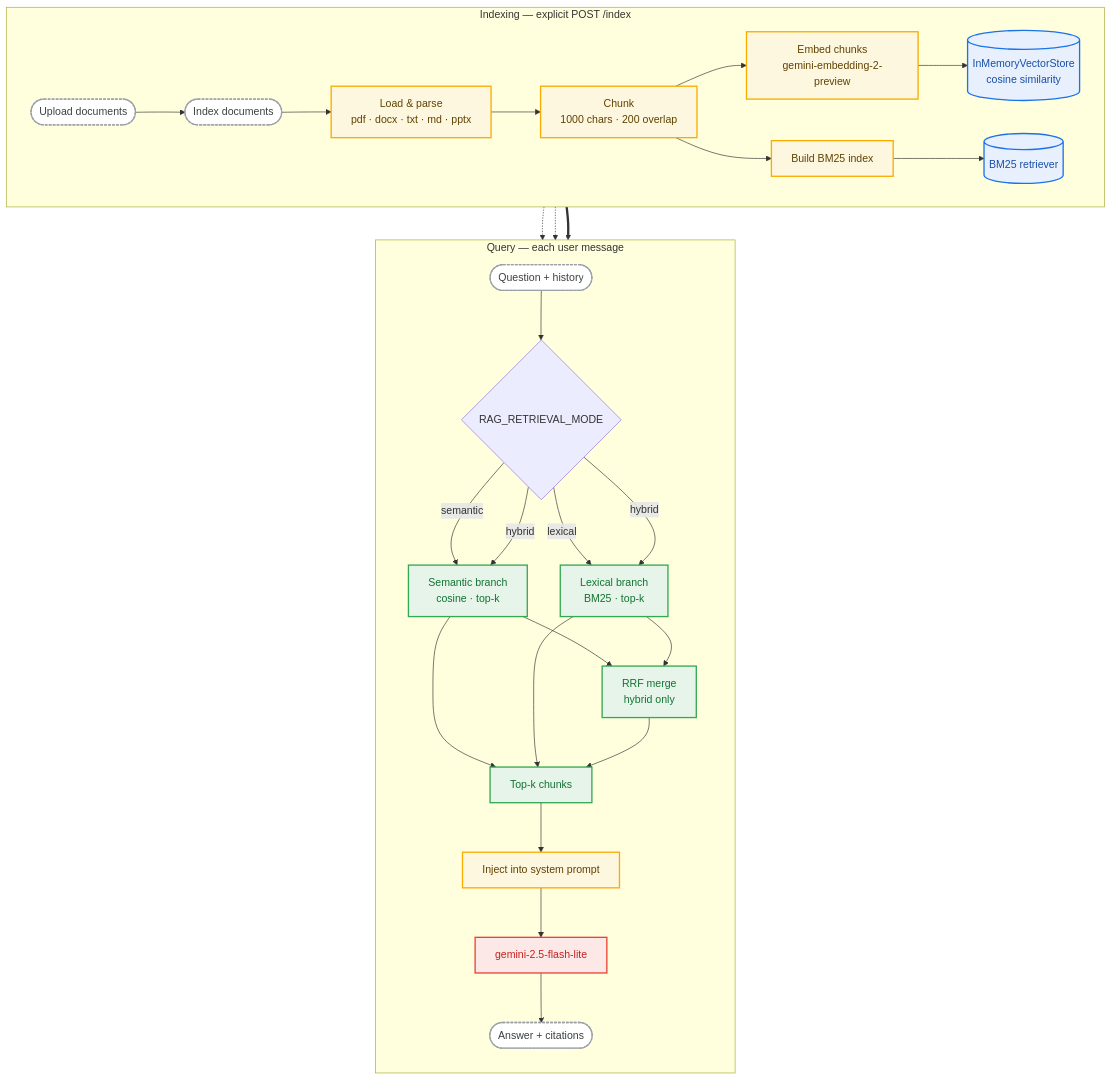
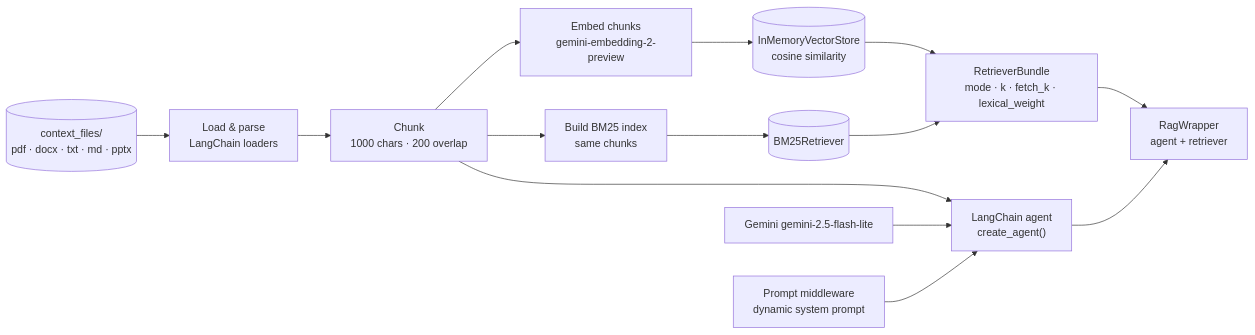
The second of 3 diagrams in README.md (pablogarciaprado/rag-chatbot), drawn with Mermaid before and after one commit. The commit also changed other lines of this file and 3 other files, not shown here.

````diff
--- a/README.md
+++ b/README.md
@@ -16,54 +53,20 @@
 ```mermaid
-flowchart TB
-    classDef phase fill:#f8f9fa,stroke:#5f6368,stroke-width:1px,color:#202124
-    classDef store fill:#e8f0fe,stroke:#1a73e8,stroke-width:2px,color:#174ea6
-    classDef process fill:#fef7e0,stroke:#f9ab00,stroke-width:2px,color:#5f4200
-    classDef retrieve fill:#e6f4ea,stroke:#34a853,stroke-width:2px,color:#137333
-    classDef generate fill:#fce8e6,stroke:#ea4335,stroke-width:2px,color:#c5221f
-    classDef io fill:#fff,stroke:#9aa0a6,stroke-width:2px,stroke-dasharray:4 2,color:#3c4043
+flowchart LR
+    FILES[("context_files/<br/>pdf · docx · txt · md · pptx")] --> LOAD["Load & parse<br/>LangChain loaders"]
+    LOAD --> CHUNK["Chunk<br/>1000 chars · 200 overlap"]
+    CHUNK --> EMB["Embed chunks<br/>gemini-embedding-2-preview"]
+    CHUNK --> BM25["Build BM25 index<br/>same chunks"]
 
-    subgraph INDEX["Indexing — explicit POST /index"]
-        direction LR
-        UP([Upload documents]):::io
-        IDX([Index documents]):::io
-        LOAD[Load & parse<br/>pdf · docx · txt · md · pptx]:::process
-        CHUNK[Chunk<br/>1000 chars · 200 overlap]:::process
-        EMB[Embed chunks<br/>gemini-embedding-2-preview]:::process
-        BM25IDX[Build BM25 index]:::process
-        VDB[(InMemoryVectorStore<br/>cosine similarity)]:::store
-        LEX[(BM25 retriever)]:::store
+    EMB --> VDB[("InMemoryVectorStore<br/>cosine similarity")]
+    BM25 --> LEX[("BM25Retriever")]
 
-        UP --> IDX --> LOAD --> CHUNK
-        CHUNK --> EMB --> VDB
-        CHUNK --> BM25IDX --> LEX
-    end
+    VDB --> BUNDLE["RetrieverBundle<br/>mode · k · fetch_k · lexical_weight"]
+    LEX --> BUNDLE
 
-    subgraph QUERY["Query — each user message"]
-        direction TB
-        ASK([Question + history]):::io
-        MODE{RAG_RETRIEVAL_MODE}
+    CHUNK --> AGENT["LangChain agent<br/>create_agent()"]
+    LLM["Gemini gemini-2.5-flash-lite"] --> AGENT
+    MW["Prompt middleware<br/>dynamic system prompt"] --> AGENT
 
-        SEM[Semantic branch<br/>cosine · top-k]:::retrieve
-        LEXQ[Lexical branch<br/>BM25 · top-k]:::retrieve
-        RRF[RRF merge<br/>hybrid only]:::retrieve
-        TOPK[Top-k chunks]:::retrieve
-        CTX[Inject into system prompt]:::process
-        LLM[gemini-2.5-flash-lite]:::generate
-        OUT([Answer + citations]):::io
-
-        ASK --> MODE
-        MODE -->|semantic| SEM --> TOPK
-        MODE -->|lexical| LEXQ --> TOPK
-        MODE -->|hybrid| SEM
-        MODE -->|hybrid| LEXQ
-        SEM --> RRF
-        LEXQ --> RRF
-        RRF --> TOPK
-        TOPK --> CTX --> LLM --> OUT
-    end
-
-    VDB -.-> SEM
-    LEX -.-> LEXQ
-
-    INDEX ==> QUERY
+    BUNDLE --> WRAP["RagWrapper<br/>agent + retriever"]
+    AGENT --> WRAP
 ```
````
